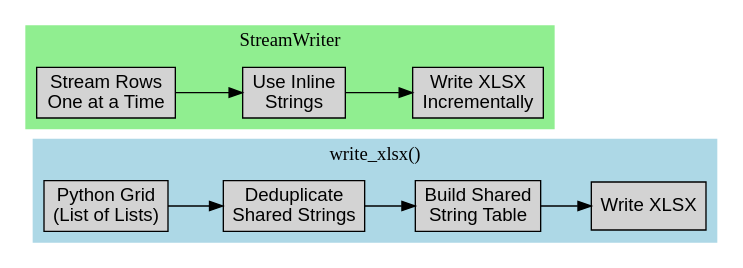
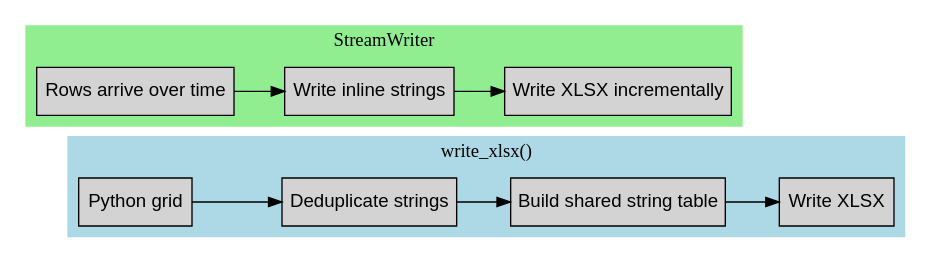
One commit to dedsecrattle/veloxlsx changed the second of 2 diagrams in docs/architecture.rst. Above: the diagram before and after it, drawn with Graphviz. The commit also changed other lines of this file and 14 other files, not shown here.

```diff
--- a/docs/architecture.rst
+++ b/docs/architecture.rst
@@ -83,27 +75,27 @@
 .. graphviz::
 
-    digraph write_modes {
-        rankdir=LR;
-        node [shape=box, style=filled, fontname="Arial"];
-        
-        subgraph cluster_write_xlsx {
-            label = "write_xlsx()";
-            style=filled;
-            color=lightblue;
-            data [label="Python Grid\n(List of Lists)"];
-            dedup [label="Deduplicate\nShared Strings"];
-            sst [label="Build Shared\nString Table"];
-            write [label="Write XLSX"];
-            data -> dedup -> sst -> write;
-        }
-        
-        subgraph cluster_stream_writer {
-            label = "StreamWriter";
-            style=filled;
-            color=lightgreen;
-            data2 [label="Stream Rows\nOne at a Time"];
-            inline [label="Use Inline\nStrings"];
-            write2 [label="Write XLSX\nIncrementally"];
-            data2 -> inline -> write2;
-        }
-    }
+   digraph write_modes {
+       rankdir=LR;
+       node [shape=box, style=filled, fontname="Arial"];
+
+       subgraph cluster_write_xlsx {
+           label = "write_xlsx()";
+           style=filled;
+           color=lightblue;
+           data [label="Python grid"];
+           dedup [label="Deduplicate strings"];
+           sst [label="Build shared string table"];
+           write [label="Write XLSX"];
+           data -> dedup -> sst -> write;
+       }
+
+       subgraph cluster_stream_writer {
+           label = "StreamWriter";
+           style=filled;
+           color=lightgreen;
+           data2 [label="Rows arrive over time"];
+           inline [label="Write inline strings"];
+           write2 [label="Write XLSX incrementally"];
+           data2 -> inline -> write2;
+       }
+   }
```
